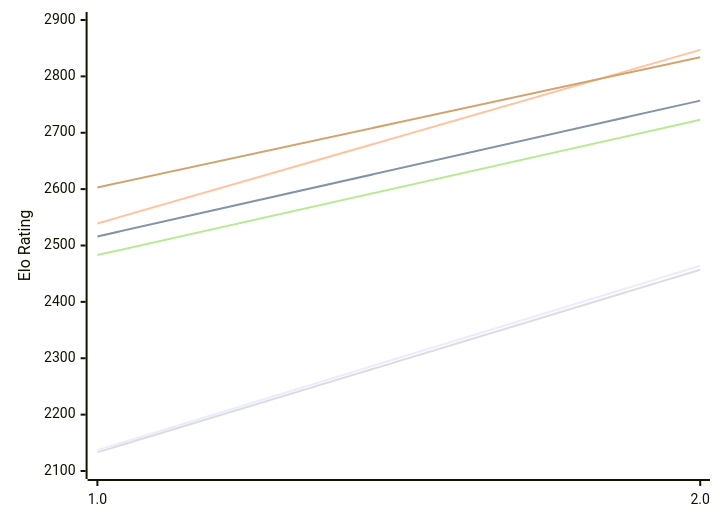
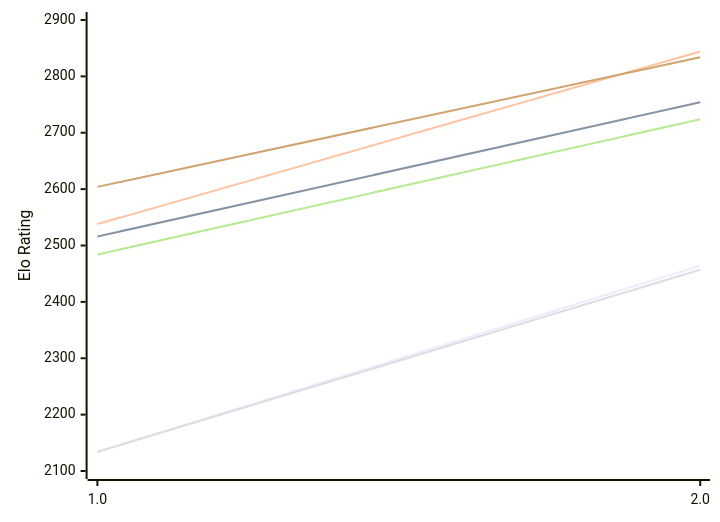
One commit to computer-chess-index/cci changed the first of 2 diagrams in engines/Revolver.md. Above: the diagram before and after it, drawn with Mermaid. The commit also changed other lines of this file, not shown here.

Commit message:
Update CCI Ratings (ELO VLTC) - 2026-11-28

````diff
--- a/engines/Revolver.md
+++ b/engines/Revolver.md
@@ -50,12 +50,12 @@
 ```mermaid
 %%{init: {"theme":"base","themeVariables":{"seriesColors:['#a3a3a3','#222221','#faa371']}}}%%
 xychart-beta
   x-axis ["1.0", "2.0"]
   y-axis "Elo Rating" 2100 --> 2900
-  line "E1: STC (8.0+0.08s)" [2137, 2464]
-  line "E1: LTC (60.0+0.60s)" [2516, 2757]
-  line "E1: VLTC (2m24s+1.12s)" [2539, 2847]
-  line "P1: STC (8.0+0.08s)" [2133, 2457]
-  line "P1: LTC (60.0+0.60s)" [2483, 2723]
-  line "P1: VLTC (2m24s+1.12s)" [2603, 2834]
+  line "E1: STC (8.0+0.08s)" [2134, 2464]
+  line "E1: LTC (60.0+0.60s)" [2516, 2754]
+  line "E1: VLTC (2m24s+1.12s)" [2538, 2844]
+  line "P1: STC (8.0+0.08s)" [2134, 2457]
+  line "P1: LTC (60.0+0.60s)" [2484, 2724]
+  line "P1: VLTC (2m24s+1.12s)" [2604, 2834]
 ```
````
